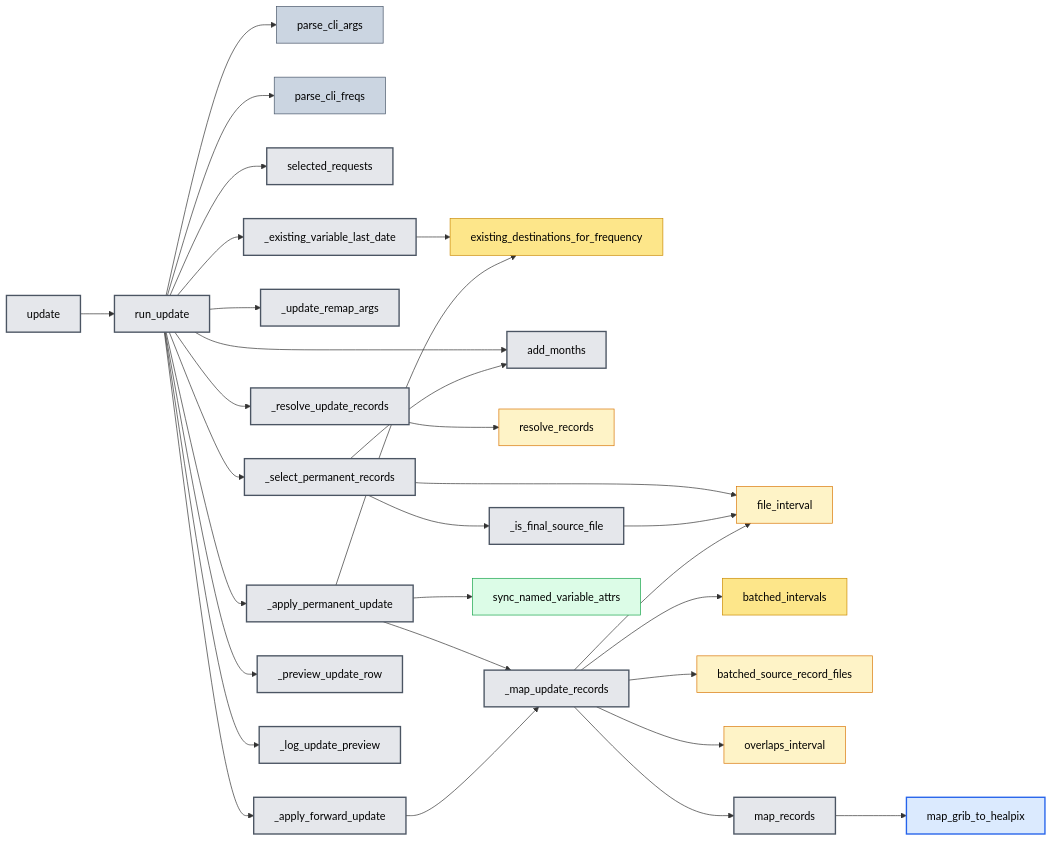
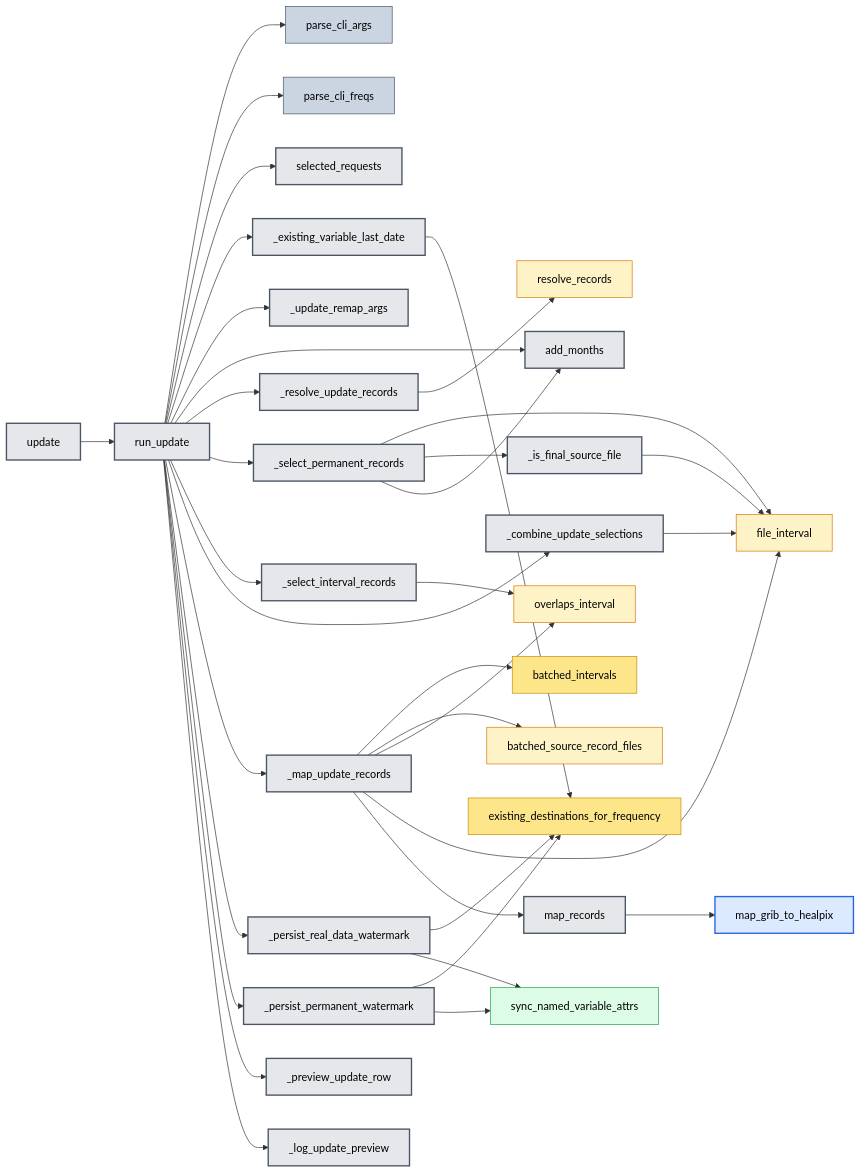
One commit to freva-org/grid-doctor changed the eighth of 11 diagrams in scripts/era5land/FUNCTION_CALL_GRAPH.md. Above: the diagram before and after it, drawn with Mermaid. The commit also changed other lines of this file and 7 other files, not shown here.

````diff
--- a/scripts/era5land/FUNCTION_CALL_GRAPH.md
+++ b/scripts/era5land/FUNCTION_CALL_GRAPH.md
@@ -408,46 +410,51 @@
 ```mermaid
 flowchart LR
     update[update] --> run_update
     run_update --> parse_cli_args
     run_update --> parse_cli_freqs
     run_update --> selected_requests
     run_update --> _existing_variable_last_date
     _existing_variable_last_date --> existing_destinations_for_frequency
     run_update --> _update_remap_args
     run_update --> add_months
     run_update --> _resolve_update_records
     _resolve_update_records --> resolve_records
     run_update --> _select_permanent_records
+    run_update --> _select_interval_records
+    run_update --> _combine_update_selections
     _select_permanent_records --> file_interval
     _select_permanent_records --> _is_final_source_file
     _is_final_source_file --> file_interval
     _select_permanent_records --> add_months
-    run_update --> _apply_permanent_update
-    _apply_permanent_update --> _map_update_records
+    _select_interval_records --> overlaps_interval
+    _combine_update_selections --> file_interval
+    run_update --> _map_update_records
     _map_update_records --> batched_intervals
     _map_update_records --> batched_source_record_files
     _map_update_records --> overlaps_interval
     _map_update_records --> file_interval
     _map_update_records --> map_records
     map_records --> map_grib_to_healpix
-    _apply_permanent_update --> existing_destinations_for_frequency
-    _apply_permanent_update --> sync_named_variable_attrs
-    run_update --> _apply_forward_update
-    _apply_forward_update --> _map_update_records
+    run_update --> _persist_real_data_watermark
+    run_update --> _persist_permanent_watermark
+    _persist_real_data_watermark --> existing_destinations_for_frequency
+    _persist_real_data_watermark --> sync_named_variable_attrs
+    _persist_permanent_watermark --> existing_destinations_for_frequency
+    _persist_permanent_watermark --> sync_named_variable_attrs
     run_update --> _preview_update_row
     run_update --> _log_update_preview
 
-    class update,run_update,selected_requests,_existing_variable_last_date,_update_remap_args,add_months,_resolve_update_records,_select_permanent_records,_is_final_source_file,_apply_permanent_update,_map_update_records,_apply_forward_update,_preview_update_row,_log_update_preview,map_records remapper
+    class update,run_update,selected_requests,_existing_variable_last_date,_update_remap_args,add_months,_resolve_update_records,_select_permanent_records,_select_interval_records,_combine_update_selections,_is_final_source_file,_persist_real_data_watermark,_persist_permanent_watermark,_map_update_records,_preview_update_row,_log_update_preview,map_records remapper
     class parse_cli_args,parse_cli_freqs supporting
     class existing_destinations_for_frequency formatter
     class resolve_records,batched_source_record_files,overlaps_interval,file_interval file_fetcher
     class batched_intervals formatter
     class sync_named_variable_attrs zarr_publisher
     class map_grib_to_healpix mapper
     classDef remapper fill:#e5e7eb,stroke:#4b5563,color:#000000,stroke-width:2px
     classDef formatter fill:#fde68a,stroke:#ca8a04,color:#000000
     classDef file_fetcher fill:#fef3c7,stroke:#d97706,color:#000000
     classDef mapper fill:#dbeafe,stroke:#2563eb,color:#000000,stroke-width:2px
     classDef zarr_publisher fill:#dcfce7,stroke:#16a34a,color:#000000
     classDef supporting fill:#cbd5e1,stroke:#475569,color:#000000
 ```
````
